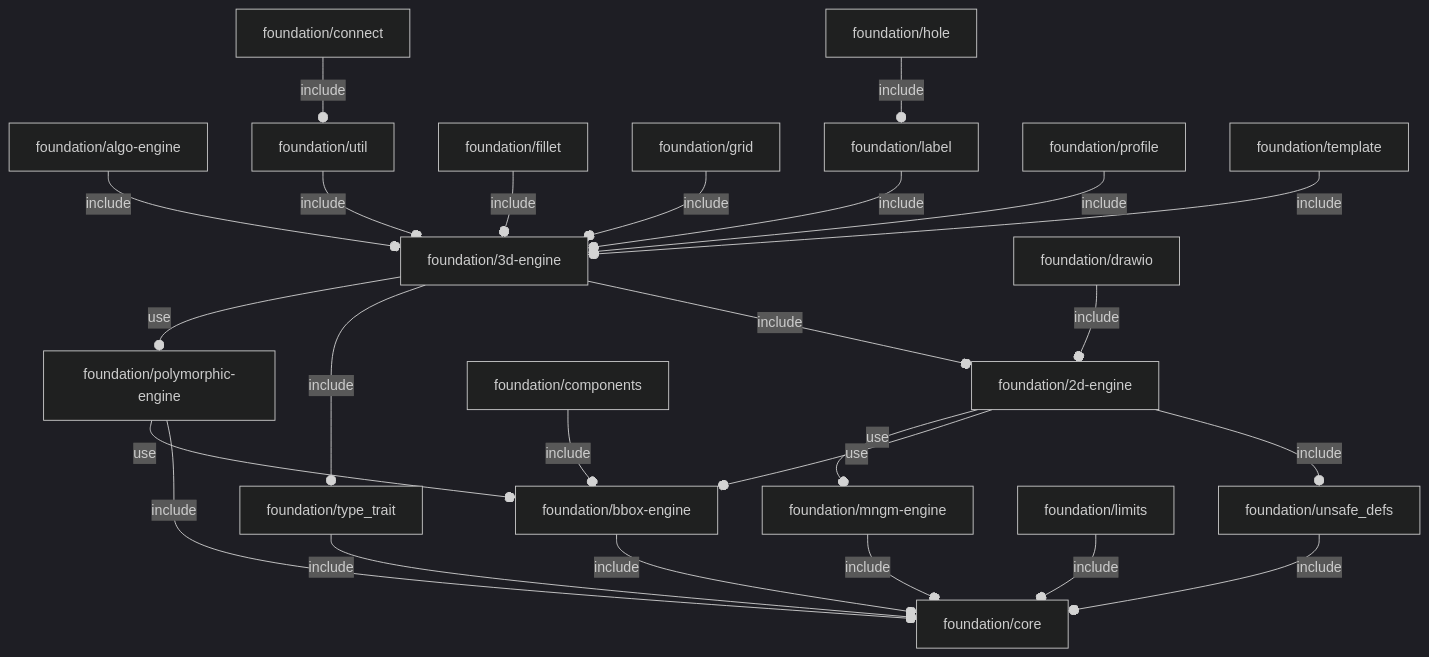
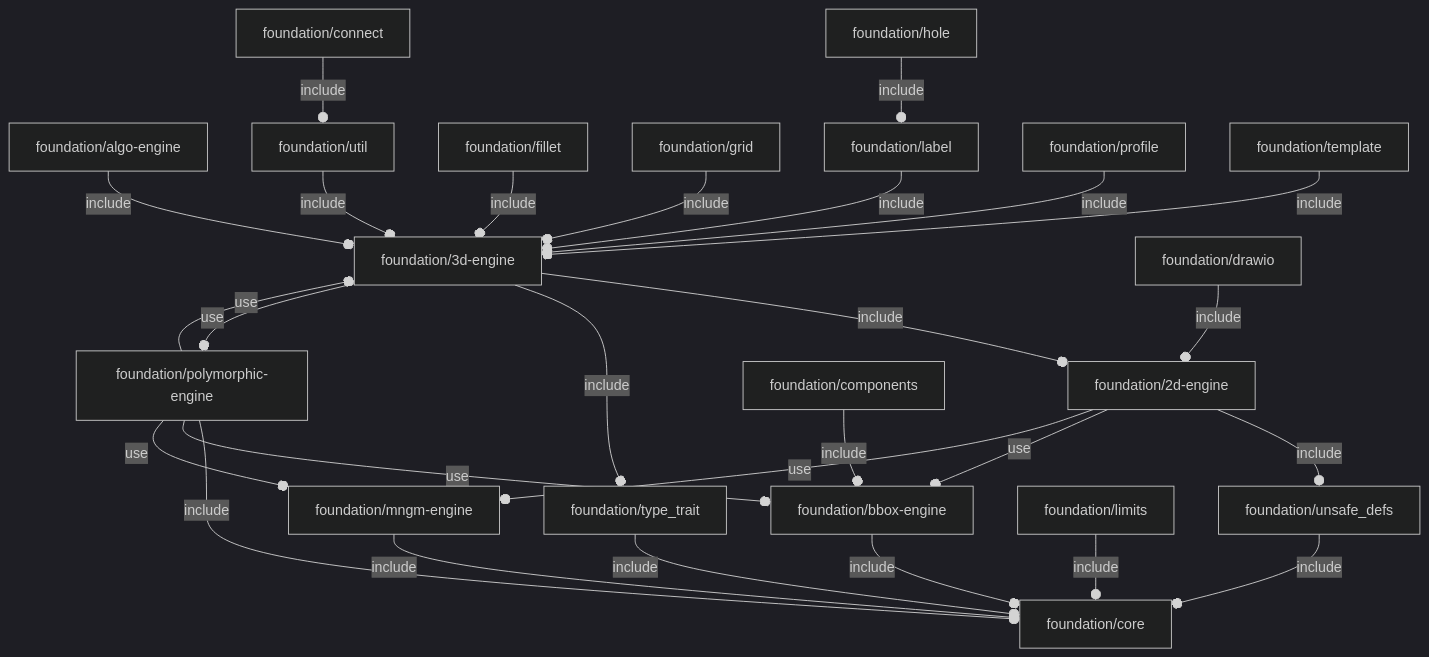
One commit to ggabbiani/OFL changed the diagram in orthodocs/foundation/deps.md. Above: the diagram before and after it, drawn with Mermaid (dark theme). The commit also changed 5 other files, not shown here.

````diff
--- a/orthodocs/foundation/deps.md
+++ b/orthodocs/foundation/deps.md
@@ -3,28 +3,30 @@
 ```mermaid
 graph TD
     A1[foundation/2d-engine] --o|include| A2[foundation/unsafe_defs]
     A1 --o|use| A3[foundation/bbox-engine]
     A1 --o|use| A4[foundation/mngm-engine]
     A5[foundation/3d-engine] --o|include| A1
     A5 --o|include| A6[foundation/type_trait]
     A5 --o|use| A7[foundation/polymorphic-engine]
     A8[foundation/algo-engine] --o|include| A5
     A3 --o|include| A9[foundation/core]
     A10[foundation/components] --o|include| A3
     A11[foundation/connect] --o|include| A12[foundation/util]
     A9
     A13[foundation/drawio] --o|include| A1
     A14[foundation/fillet] --o|include| A5
     A15[foundation/grid] --o|include| A5
     A16[foundation/hole] --o|include| A17[foundation/label]
     A17 --o|include| A5
     A18[foundation/limits] --o|include| A9
     A4 --o|include| A9
     A7 --o|include| A9
+    A7 --o|use| A5
     A7 --o|use| A3
+    A7 --o|use| A4
     A19[foundation/profile] --o|include| A5
     A20[foundation/template] --o|include| A5
     A6 --o|include| A9
     A2 --o|include| A9
     A12 --o|include| A5
 ```
````
